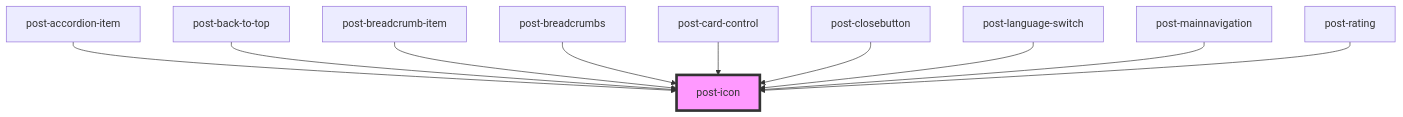
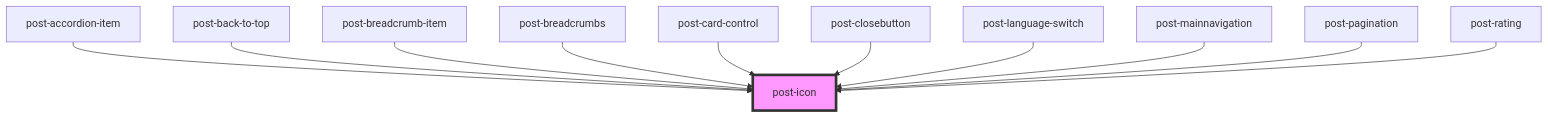
One commit to swisspost/design-system changed the diagram in packages/components/src/components/post-icon/readme.md. Above: the diagram before and after it, drawn with Mermaid. The commit also changed other lines of this file and 1 other file, not shown here.

Commit message:
initial func

````diff
--- a/packages/components/src/components/post-icon/readme.md
+++ b/packages/components/src/components/post-icon/readme.md
@@ -36,13 +37,14 @@
 ```mermaid
 graph TD;
   post-accordion-item --> post-icon
   post-back-to-top --> post-icon
   post-breadcrumb-item --> post-icon
   post-breadcrumbs --> post-icon
   post-card-control --> post-icon
   post-closebutton --> post-icon
   post-language-switch --> post-icon
   post-mainnavigation --> post-icon
+  post-pagination --> post-icon
   post-rating --> post-icon
   style post-icon fill:#f9f,stroke:#333,stroke-width:4px
 ```
````
